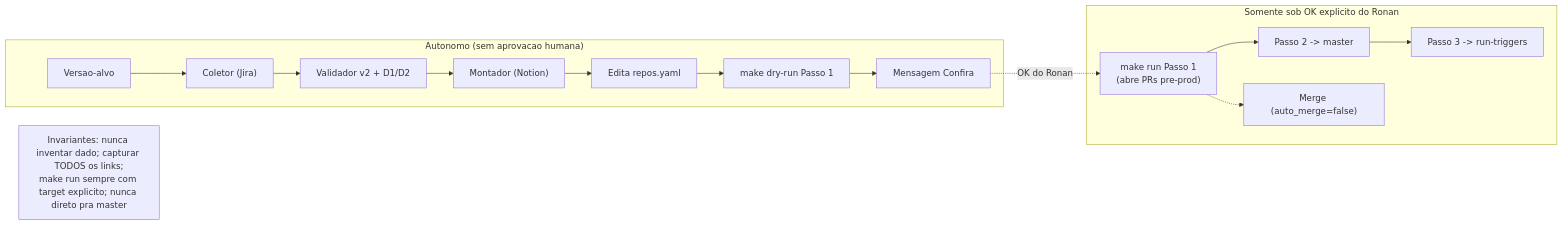
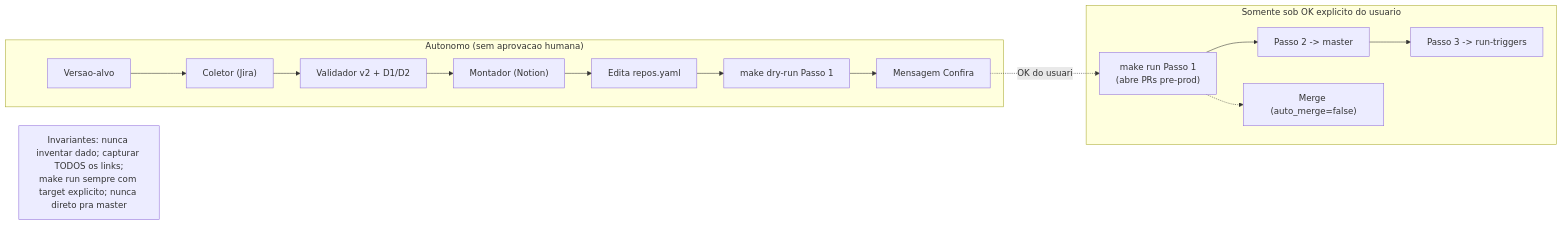
Before and after one commit to BertoRcsb/workflow-automation-management: the diagram in docs/pipeline-autonomo/diagramas/D5-governanca.mmd, drawn with Mermaid. The commit also changed 57 other files, not shown here.

First line of the commit message:
docs: replace approver name with 'usuário' and restyle all diagrams

```diff
--- a/docs/pipeline-autonomo/diagramas/D5-governanca.mmd
+++ b/docs/pipeline-autonomo/diagramas/D5-governanca.mmd
@@ -1,20 +1,20 @@
 flowchart LR
     subgraph AUTO["Autonomo (sem aprovacao humana)"]
         A1["Versao-alvo"]
         A2["Coletor (Jira)"]
         A3["Validador v2 + D1/D2"]
         A4["Montador (Notion)"]
         A5["Edita repos.yaml"]
         A6["make dry-run Passo 1"]
         A7["Mensagem Confira"]
     end
-    subgraph GATE["Somente sob OK explicito do Ronan"]
+    subgraph GATE["Somente sob OK explicito do usuario"]
         G1["make run Passo 1<br>(abre PRs pre-prod)"]
         G2["Passo 2 -> master"]
         G3["Passo 3 -> run-triggers"]
         G4["Merge (auto_merge=false)"]
     end
     A1 --> A2 --> A3 --> A4 --> A5 --> A6 --> A7
-    A7 -.OK do Ronan.-> G1 --> G2 --> G3
+    A7 -.OK do usuario.-> G1 --> G2 --> G3
     G1 -.-> G4
     INV["Invariantes: nunca inventar dado; capturar TODOS os links;<br>make run sempre com target explicito; nunca direto pra master"]
```
